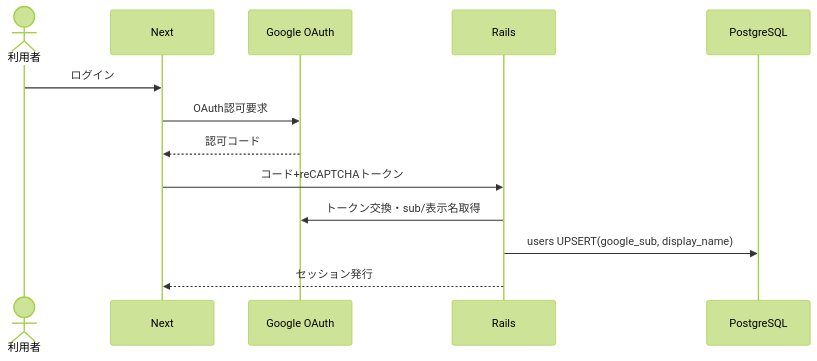
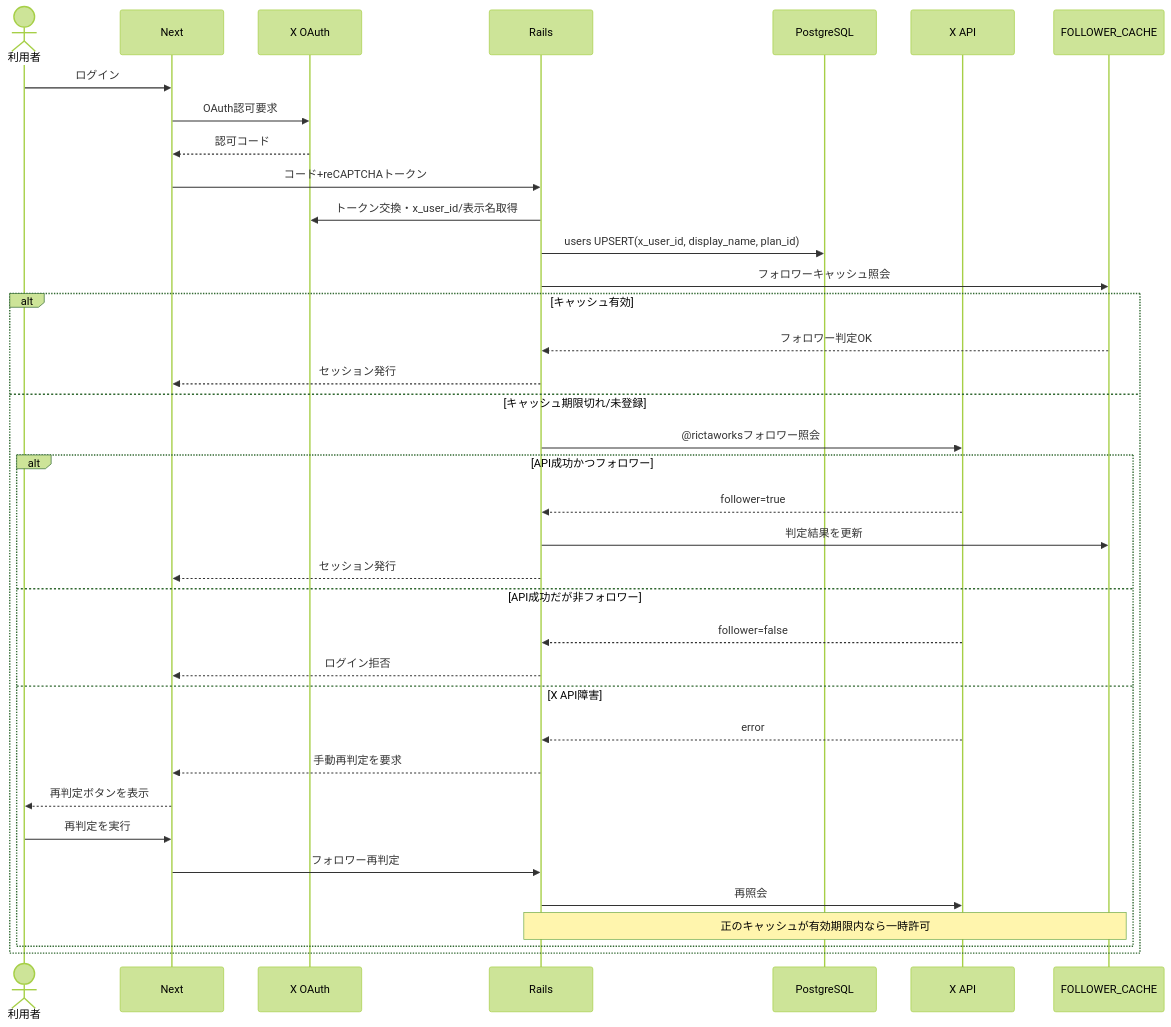
Before and after one commit to rictaworks/questboard: the fifth of 11 diagrams in questboard_design_document.md, drawn with Mermaid (forest theme). The commit also changed other lines of this file, not shown here.

````diff
--- a/questboard_design_document.md
+++ b/questboard_design_document.md
@@ -346,16 +373,40 @@
 ```mermaid
 sequenceDiagram
     actor U as 利用者
     participant FE as Next
-    participant G as Google OAuth
+    participant X as X OAuth
     participant API as Rails
     participant DB as PostgreSQL
+    participant XAPI as X API
+    participant CACHE as FOLLOWER_CACHE
 
     U->>FE: ログイン
-    FE->>G: OAuth認可要求
-    G-->>FE: 認可コード
+    FE->>X: OAuth認可要求
+    X-->>FE: 認可コード
     FE->>API: コード+reCAPTCHAトークン
-    API->>G: トークン交換・sub/表示名取得
-    API->>DB: users UPSERT(google_sub, display_name)
-    API-->>FE: セッション発行
+    API->>X: トークン交換・x_user_id/表示名取得
+    API->>DB: users UPSERT(x_user_id, display_name, plan_id)
+    API->>CACHE: フォロワーキャッシュ照会
+    alt キャッシュ有効
+        CACHE-->>API: フォロワー判定OK
+        API-->>FE: セッション発行
+    else キャッシュ期限切れ/未登録
+        API->>XAPI: @rictaworksフォロワー照会
+        alt API成功かつフォロワー
+            XAPI-->>API: follower=true
+            API->>CACHE: 判定結果を更新
+            API-->>FE: セッション発行
+        else API成功だが非フォロワー
+            XAPI-->>API: follower=false
+            API-->>FE: ログイン拒否
+        else X API障害
+            XAPI-->>API: error
+            API-->>FE: 手動再判定を要求
+            FE-->>U: 再判定ボタンを表示
+            U->>FE: 再判定を実行
+            FE->>API: フォロワー再判定
+            API->>XAPI: 再照会
+            Note over API,CACHE: 正のキャッシュが有効期限内なら一時許可
+        end
+    end
 ```
````
